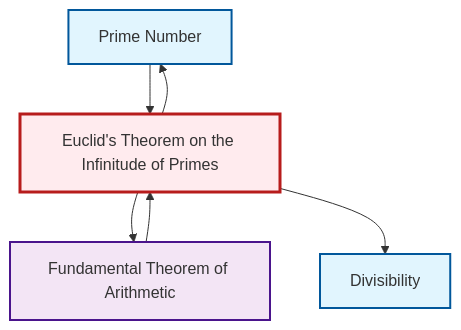
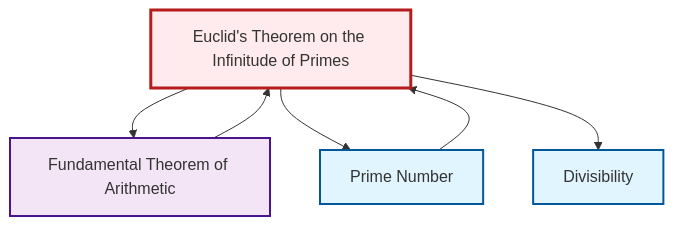
The diagram in output/mermaid/en/thm-euclid-infinitude-primes.mermaid (RK0429/ModernMath), drawn with Mermaid before and after one commit. The commit also changed other lines of this file and 3212 other files, not shown here.

```diff
--- a/output/mermaid/en/thm-euclid-infinitude-primes.mermaid
+++ b/output/mermaid/en/thm-euclid-infinitude-primes.mermaid
@@ -1,16 +1,16 @@
 graph TD
     classDef definition fill:#e1f5fe,stroke:#01579b,stroke-width:2px
     classDef theorem fill:#f3e5f5,stroke:#4a148c,stroke-width:2px
     classDef axiom fill:#fff3e0,stroke:#e65100,stroke-width:2px
     classDef example fill:#e8f5e9,stroke:#1b5e20,stroke-width:2px
     classDef current fill:#ffebee,stroke:#b71c1c,stroke-width:3px
+    thm-euclid-infinitude-primes["Euclid's Theorem on the Infinitude of Primes"]:::theorem
     def-divisibility["Divisibility"]:::definition
+    thm-fundamental-arithmetic["Fundamental Theorem of Arithmetic"]:::theorem
     def-prime["Prime Number"]:::definition
-    thm-fundamental-arithmetic["Fundamental Theorem of Arithmetic"]:::theorem
-    thm-euclid-infinitude-primes["Euclid's Theorem on the Infinitude of Primes"]:::theorem
+    thm-euclid-infinitude-primes --> thm-fundamental-arithmetic
     thm-euclid-infinitude-primes --> def-prime
-    thm-fundamental-arithmetic --> thm-euclid-infinitude-primes
-    thm-euclid-infinitude-primes --> thm-fundamental-arithmetic
     thm-euclid-infinitude-primes --> def-divisibility
     def-prime --> thm-euclid-infinitude-primes
+    thm-fundamental-arithmetic --> thm-euclid-infinitude-primes
     class thm-euclid-infinitude-primes current
```
